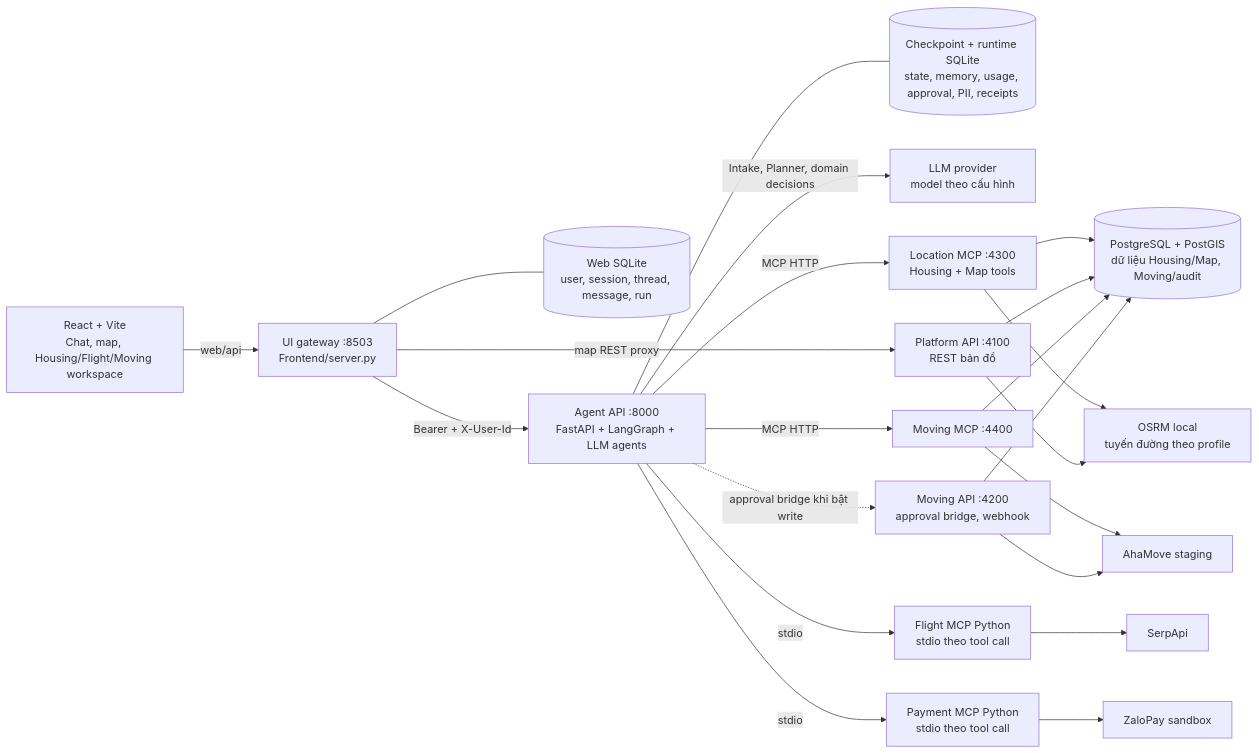
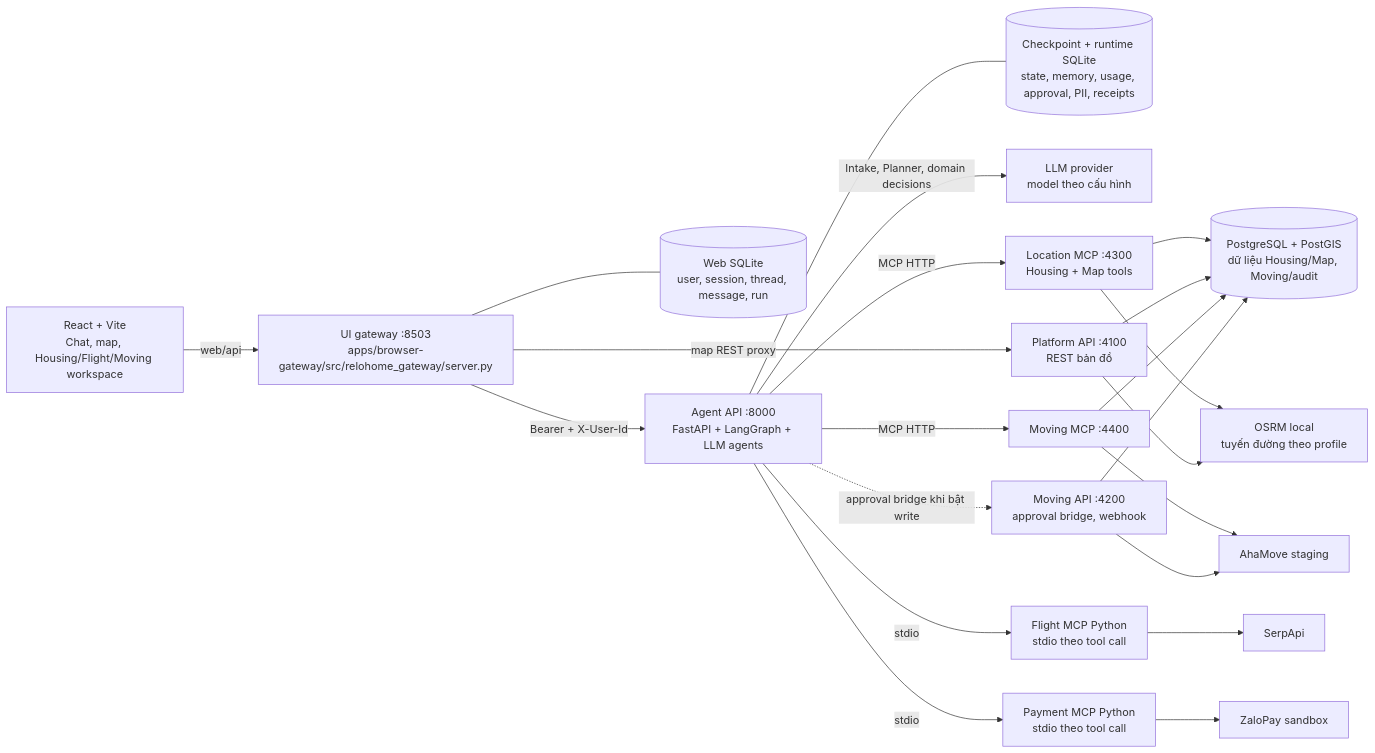
Before and after one commit to the-liems/relohome: the first of 4 diagrams in docs/architecture/mvp-architecture.md, drawn with Mermaid. The commit also changed other lines of this file and 82 other files, not shown here.

````diff
--- a/docs/architecture/mvp-architecture.md
+++ b/docs/architecture/mvp-architecture.md
@@ -52,42 +52,42 @@
 ```mermaid
 flowchart LR
   UI["React + Vite<br/>Chat, map, Housing/Flight/Moving workspace"]
-  GW["UI gateway :8503<br/>Frontend/server.py"]
+  GW["UI gateway :8503<br/>apps/browser-gateway/src/relohome_gateway/server.py"]
   WEB[("Web SQLite<br/>user, session, thread, message, run")]
   API["Agent API :8000<br/>FastAPI + LangGraph + LLM agents"]
   STATE[("Checkpoint + runtime SQLite<br/>state, memory, usage, approval, PII, receipts")]
   MODEL["LLM provider<br/>model theo cấu hình"]
   LOC["Location MCP :4300<br/>Housing + Map tools"]
   PLATFORM["Platform API :4100<br/>REST bản đồ"]
   MOV["Moving MCP :4400"]
   MOVAPI["Moving API :4200<br/>approval bridge, webhook"]
   FLIGHT["Flight MCP Python<br/>stdio theo tool call"]
   PAYMENT["Payment MCP Python<br/>stdio theo tool call"]
   DB[("PostgreSQL + PostGIS<br/>dữ liệu Housing/Map, Moving/audit")]
   OSRM["OSRM local<br/>tuyến đường theo profile"]
   AHA["AhaMove staging"]
   SERP["SerpApi"]
   ZLP["ZaloPay sandbox"]
 
   UI -->|"web/api"| GW
   GW --- WEB
   GW -->|"Bearer + X-User-Id"| API
   GW -->|"map REST proxy"| PLATFORM
   API --- STATE
   API -->|"Intake, Planner, domain decisions"| MODEL
   API -->|"MCP HTTP"| LOC
   API -->|"MCP HTTP"| MOV
   API -->|"stdio"| FLIGHT
   API -->|"stdio"| PAYMENT
   API -. "approval bridge khi bật write" .-> MOVAPI
   LOC --> DB
   LOC --> OSRM
   PLATFORM --> DB
   PLATFORM --> OSRM
   MOV --> DB
   MOV --> AHA
   MOVAPI --> DB
   MOVAPI --> AHA
   FLIGHT --> SERP
   PAYMENT --> ZLP
 ```
````
